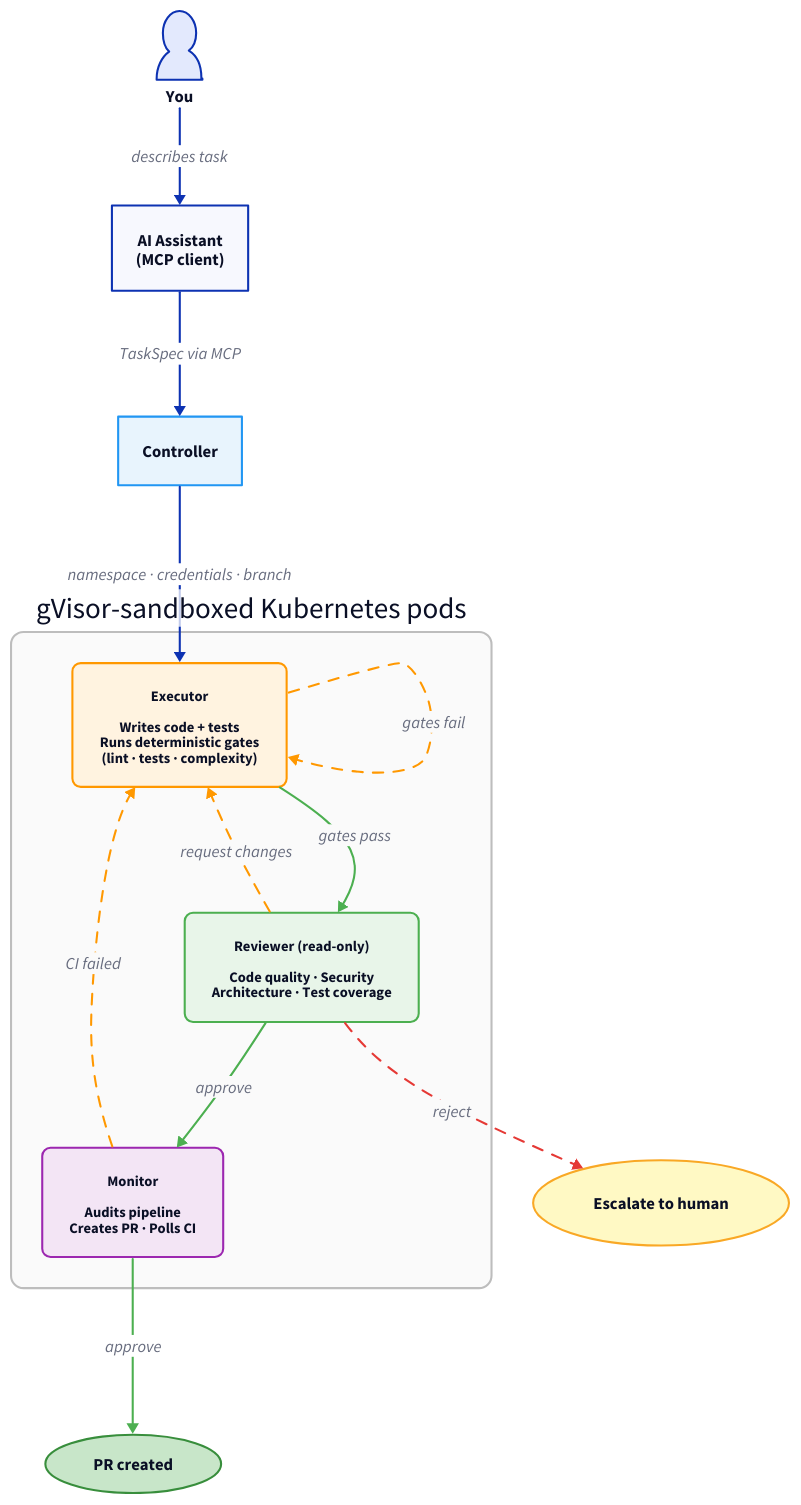
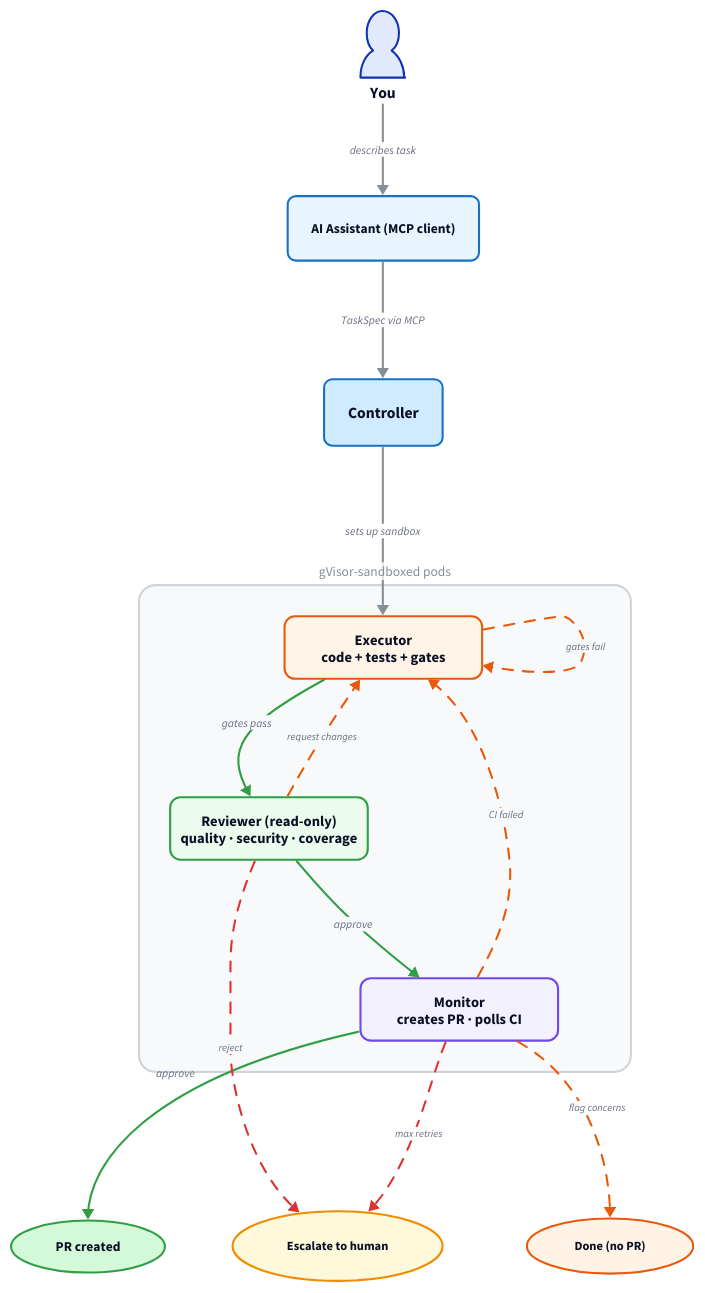
Before and after one commit to kuuji/nubi: the diagram in docs/pipeline.d2, drawn with D2. The commit also changed 1 other file, not shown here.

Commit message:
docs: hand-crafted SVG pipeline diagram with triangle agent layout
Agents arranged in a triangle (Executor → Reviewer → Monitor) with
clear happy path, retry loops, and escalation paths. Shows K8s cluster
context, MCP server, K8s Job labels, and white text halos for readability.

```diff
--- a/docs/pipeline.d2
+++ b/docs/pipeline.d2
@@ -1,87 +1,145 @@
 direction: down
 
 you: You {
   shape: person
+  style.font-size: 15
 }
 
-assistant: AI Assistant\n(MCP client)
+assistant: "AI Assistant (MCP client)" {
+  style.fill: "#e7f5ff"
+  style.stroke: "#1971c2"
+  style.border-radius: 8
+  style.font-size: 13
+}
 
 controller: Controller {
-  style.fill: "#e8f4fd"
-  style.stroke: "#2196f3"
+  style.fill: "#d0ebff"
+  style.stroke: "#1971c2"
+  style.border-radius: 8
+  style.font-size: 15
+  style.bold: true
 }
 
-you -> assistant: describes task
-assistant -> controller: TaskSpec via MCP
+you -> assistant: describes task {
+  style.font-size: 11
+  style.stroke: "#868e96"
+}
+assistant -> controller: TaskSpec via MCP {
+  style.font-size: 11
+  style.stroke: "#868e96"
+}
+controller -> pipeline.executor: sets up sandbox {
+  style.font-size: 11
+  style.stroke: "#868e96"
+}
 
-pipeline: gVisor-sandboxed Kubernetes pods {
-  style.fill: "#fafafa"
-  style.stroke: "#bdbdbd"
-  style.border-radius: 12
+pipeline: gVisor-sandboxed pods {
+  style.fill: "#f8f9fa"
+  style.stroke: "#ced4da"
+  style.border-radius: 16
+  style.font-size: 13
+  style.font-color: "#868e96"
 
-  executor: "Executor\n\nWrites code + tests\nRuns deterministic gates\n(lint · tests · complexity)" {
-    style.fill: "#fff3e0"
-    style.stroke: "#ff9800"
-    style.border-radius: 8
+  executor: "Executor\ncode + tests + gates" {
+    style.fill: "#fff4e6"
+    style.stroke: "#e8590c"
+    style.border-radius: 10
     style.font-size: 14
+    width: 190
+    height: 60
   }
 
-  reviewer: "Reviewer (read-only)\n\nCode quality · Security\nArchitecture · Test coverage" {
-    style.fill: "#e8f5e9"
-    style.stroke: "#4caf50"
-    style.border-radius: 8
+  reviewer: "Reviewer (read-only)\nquality · security · coverage" {
+    style.fill: "#ebfbee"
+    style.stroke: "#2f9e44"
+    style.border-radius: 10
     style.font-size: 14
+    width: 190
+    height: 60
   }
 
-  monitor: "Monitor\n\nAudits pipeline\nCreates PR · Polls CI" {
-    style.fill: "#f3e5f5"
-    style.stroke: "#9c27b0"
-    style.border-radius: 8
+  monitor: "Monitor\ncreates PR · polls CI" {
+    style.fill: "#f3f0ff"
+    style.stroke: "#7048e8"
+    style.border-radius: 10
     style.font-size: 14
+    width: 190
+    height: 60
   }
 
+  # Happy path: triangle clockwise
   executor -> reviewer: gates pass {
-    style.stroke: "#4caf50"
+    style.stroke: "#2f9e44"
+    style.font-size: 11
+    style.stroke-width: 2
   }
   reviewer -> monitor: approve {
-    style.stroke: "#4caf50"
+    style.stroke: "#2f9e44"
+    style.font-size: 11
+    style.stroke-width: 2
+  }
+  monitor -> executor: CI failed {
+    style.stroke-dash: 5
+    style.stroke: "#e8590c"
+    style.font-size: 10
+  }
+
+  # Review retry
+  reviewer -> executor: request changes {
+    style.stroke-dash: 5
+    style.stroke: "#e8590c"
+    style.font-size: 10
   }
 }
 
-controller -> pipeline.executor: namespace · credentials · branch
-
-done: PR created {
-  shape: oval
-  style.fill: "#c8e6c9"
-  style.stroke: "#388e3c"
+# Gate retry self-loop
+pipeline.executor -> pipeline.executor: gates fail {
+  style.stroke-dash: 5
+  style.stroke: "#e8590c"
+  style.font-size: 10
 }
 
+# Terminal: success
+done: "PR created" {
+  shape: oval
+  style.fill: "#d3f9d8"
+  style.stroke: "#2f9e44"
+  style.font-size: 13
+  style.bold: true
+}
 pipeline.monitor -> done: approve {
-  style.stroke: "#4caf50"
+  style.stroke: "#2f9e44"
+  style.font-size: 11
+  style.stroke-width: 2
 }
 
-escalate: Escalate to human {
+# Terminal: escalate
+escalate: "Escalate to human" {
   shape: oval
-  style.fill: "#fff9c4"
-  style.stroke: "#f9a825"
+  style.fill: "#fff9db"
+  style.stroke: "#f08c00"
+  style.font-size: 12
+}
+pipeline.reviewer -> escalate: reject {
+  style.stroke-dash: 5
+  style.stroke: "#e03131"
+  style.font-size: 10
+}
+pipeline.monitor -> escalate: max retries {
+  style.stroke-dash: 5
+  style.stroke: "#e03131"
+  style.font-size: 10
 }
 
-pipeline.reviewer -> escalate: reject {
+# Terminal: flagged
+flagged: "Done (no PR)" {
+  shape: oval
+  style.fill: "#fff3e6"
+  style.stroke: "#e8590c"
+  style.font-size: 12
+}
+pipeline.monitor -> flagged: flag concerns {
   style.stroke-dash: 5
-  style.stroke: "#e53935"
+  style.stroke: "#e8590c"
+  style.font-size: 10
 }
-
-pipeline.executor -> pipeline.executor: gates fail {
-  style.stroke-dash: 5
-  style.stroke: "#ff9800"
-}
-
-pipeline.reviewer -> pipeline.executor: request changes {
-  style.stroke-dash: 5
-  style.stroke: "#ff9800"
-}
-
-pipeline.monitor -> pipeline.executor: CI failed {
-  style.stroke-dash: 5
-  style.stroke: "#ff9800"
-}
```
